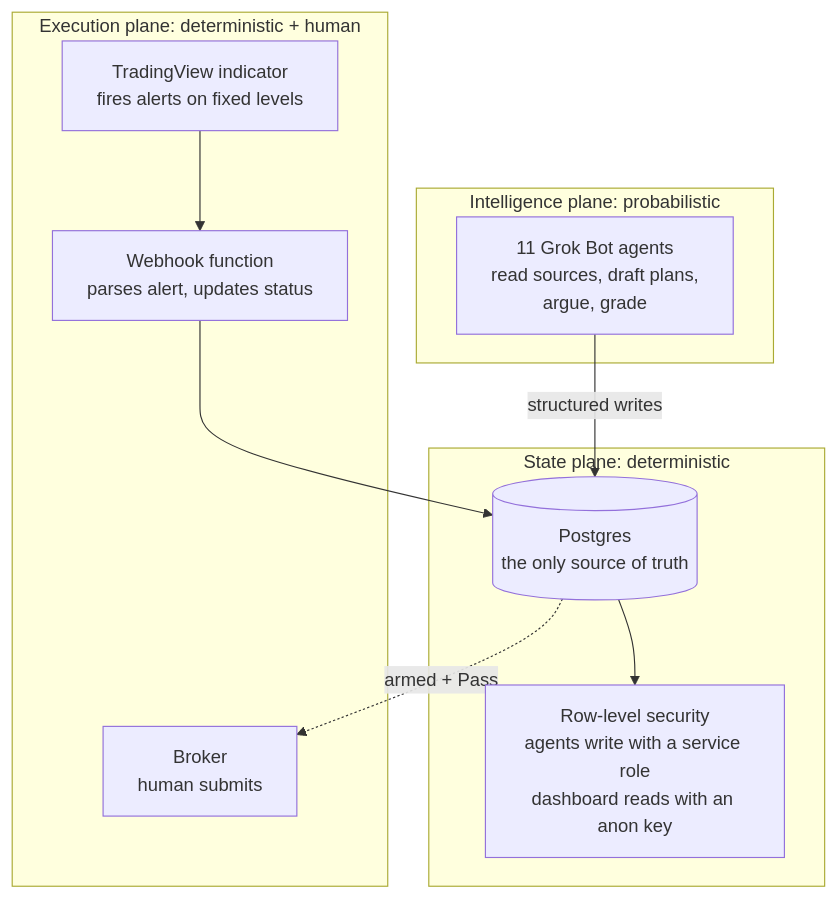
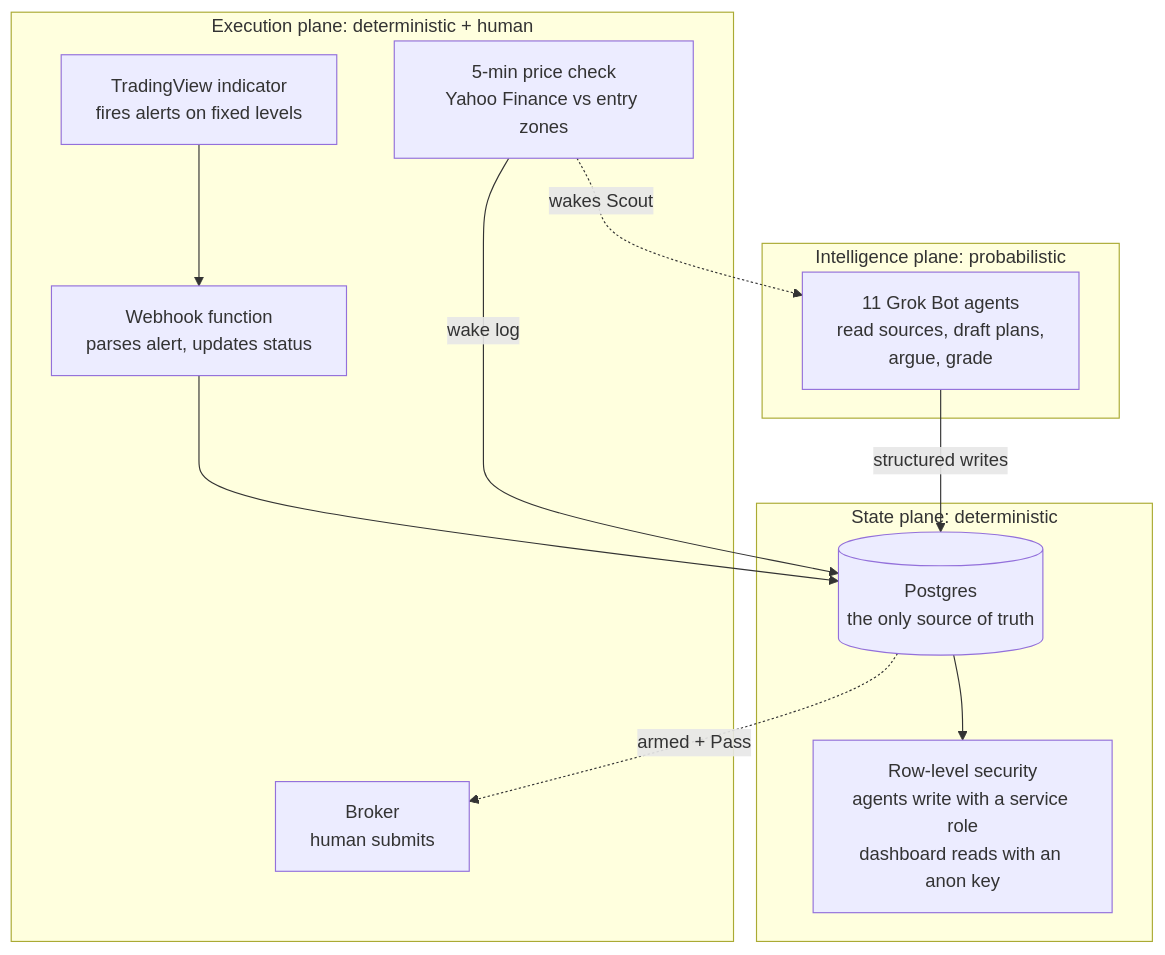
Before and after one commit to imranchatur-cpu/TradeOps-Public: the second of 8 diagrams in docs/ARCHITECTURE.md, drawn with Mermaid. The commit also changed other lines of this file and 9 other files, not shown here.

First line of the commit message:
Sync public pack with private: Scout instant wake, Yahoo Finance, Floor mirror

````diff
--- a/docs/ARCHITECTURE.md
+++ b/docs/ARCHITECTURE.md
@@ -78,19 +88,22 @@
 ```mermaid
 flowchart TB
     subgraph P1["Intelligence plane: probabilistic"]
         A["11 Grok Bot agents<br/>read sources, draft plans,<br/>argue, grade"]
     end
     subgraph P2["State plane: deterministic"]
         B[("Postgres<br/>the only source of truth")]
         C["Row-level security<br/>agents write with a service role<br/>dashboard reads with an anon key"]
     end
     subgraph P3["Execution plane: deterministic + human"]
         D["TradingView indicator<br/>fires alerts on fixed levels"]
         E["Webhook function<br/>parses alert, updates status"]
+        Y["5-min price check<br/>Yahoo Finance vs entry zones"]
         F["Broker<br/>human submits"]
     end
     A -->|"structured writes"| B
     B --> C
     D --> E --> B
+    Y -->|"wake log"| B
+    Y -.->|"wakes Scout"| A
     B -.->|"armed + Pass"| F
 ```
````
